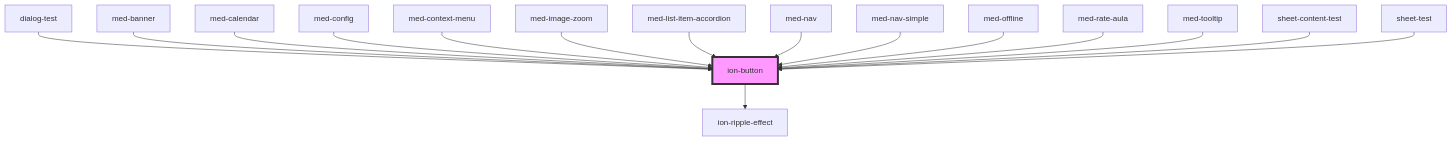
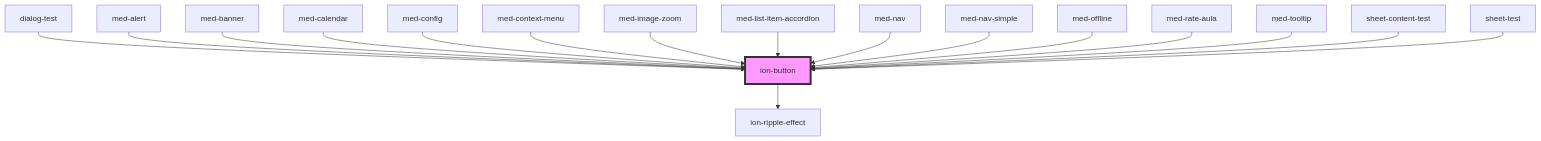
Before and after one commit to MEDGRUPOGIT/ionic-framework-1: the diagram in core/src/components/button/readme.md, drawn with Mermaid. The commit also changed other lines of this file and 13 other files, not shown here.

````diff
--- a/core/src/components/button/readme.md
+++ b/core/src/components/button/readme.md
@@ -393,19 +394,20 @@
 ```mermaid
 graph TD;
   ion-button --> ion-ripple-effect
   dialog-test --> ion-button
+  med-alert --> ion-button
   med-banner --> ion-button
   med-calendar --> ion-button
   med-config --> ion-button
   med-context-menu --> ion-button
   med-image-zoom --> ion-button
   med-list-item-accordion --> ion-button
   med-nav --> ion-button
   med-nav-simple --> ion-button
   med-offline --> ion-button
   med-rate-aula --> ion-button
   med-tooltip --> ion-button
   sheet-content-test --> ion-button
   sheet-test --> ion-button
   style ion-button fill:#f9f,stroke:#333,stroke-width:4px
 ```
````
